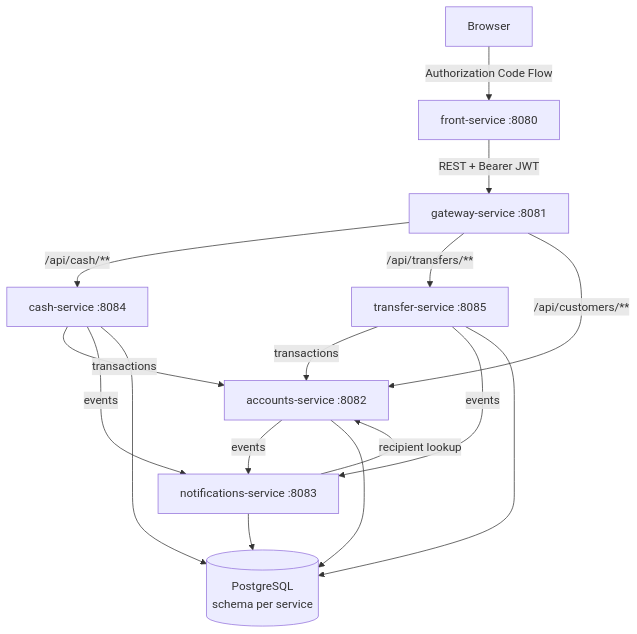
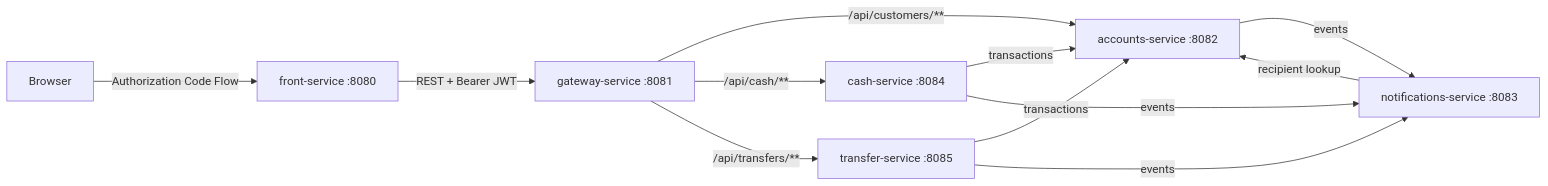
Before and after one commit to ubrnt/yp-my-market-app: the first of 3 diagrams in README.md, drawn with Mermaid.

Commit message:
Refactor architecture diagram in README
Removed duplicate API route for accounts service and cleaned up database connections in the architecture diagram.

````diff
--- a/README.md
+++ b/README.md
@@ -36,18 +36,14 @@
 ```mermaid
-flowchart TD
+flowchart LR
     browser["Browser"] -->|"Authorization Code Flow"| front["front-service :8080"]
     front -->|"REST + Bearer JWT"| gateway["gateway-service :8081"]
+    gateway -->|"/api/customers/**"| accounts["accounts-service :8082"]
     gateway -->|"/api/cash/**"| cash["cash-service :8084"]
     gateway -->|"/api/transfers/**"| transfer["transfer-service :8085"]
-    gateway -->|"/api/customers/**"| accounts["accounts-service :8082"]
     cash -->|"transactions"| accounts
     transfer -->|"transactions"| accounts
     cash -->|"events"| notifications["notifications-service :8083"]
     transfer -->|"events"| notifications
     accounts -->|"events"| notifications
     notifications -->|"recipient lookup"| accounts
-    accounts --> db[("PostgreSQL<br/>schema per service")]
-    cash --> db
-    transfer --> db
-    notifications --> db
 ```
````
